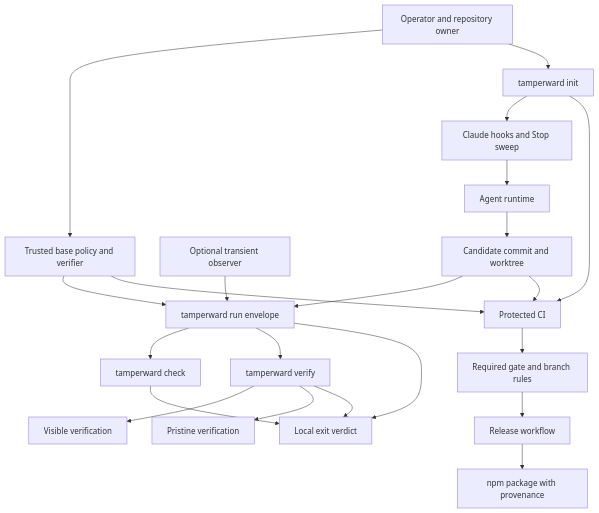
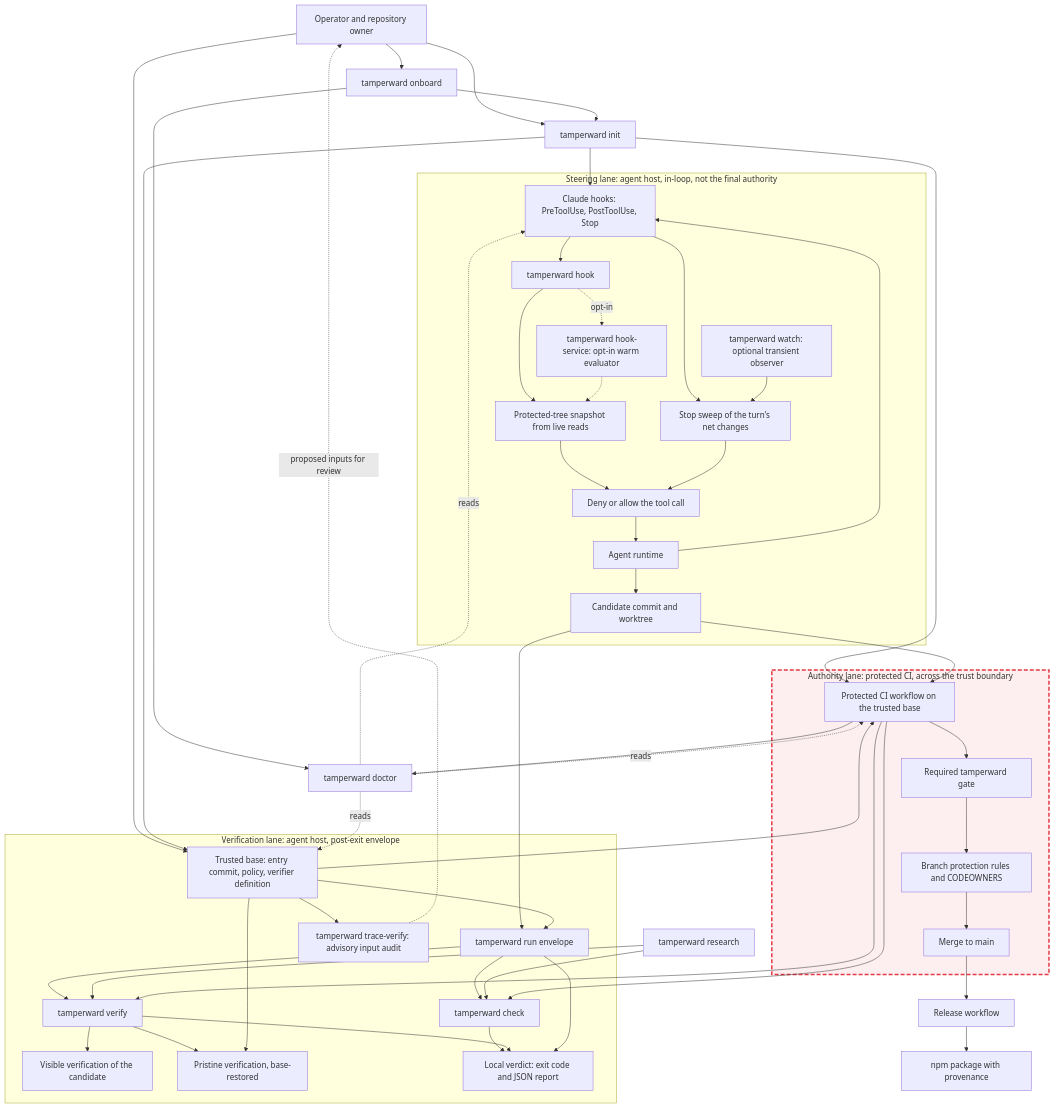
Before and after one commit to hexrift/tamperward: the diagram in docs/architecture.md, drawn with Mermaid. The commit also changed other lines of this file and 2 other files, not shown here.

Commit message:
Add a Reference sidebar group, link the cast inventory script by its GitHub URL, and redraw the architecture diagram as three lanes with the trust boundary (#451)

````diff
--- a/docs/architecture.md
+++ b/docs/architecture.md
@@ -11,42 +18,93 @@
 ```mermaid
 graph TD
     operator["Operator and repository owner"]
-    policy["Trusted base policy and verifier"]
+    onboard["tamperward onboard"]
     init["tamperward init"]
-    hooks["Claude hooks and Stop sweep"]
-    observer["Optional transient observer"]
-    agent["Agent runtime"]
-    tree["Candidate commit and worktree"]
-    run["tamperward run envelope"]
-    check["tamperward check"]
-    verify["tamperward verify"]
-    visible["Visible verification"]
-    pristine["Pristine verification"]
-    local["Local exit verdict"]
-    ci["Protected CI"]
-    gate["Required gate and branch rules"]
+    doctor["tamperward doctor"]
+    research["tamperward research"]
+
+    subgraph steering["Steering lane: agent host, in-loop, not the final authority"]
+        agent["Agent runtime"]
+        hooks["Claude hooks: PreToolUse, PostToolUse, Stop"]
+        hook["tamperward hook"]
+        service["tamperward hook-service: opt-in warm evaluator"]
+        snapshot["Protected-tree snapshot from live reads"]
+        steer["Deny or allow the tool call"]
+        stop["Stop sweep of the turn's net changes"]
+        observer["tamperward watch: optional transient observer"]
+        tree["Candidate commit and worktree"]
+    end
+
+    subgraph verification["Verification lane: agent host, post-exit envelope"]
+        policy["Trusted base: entry commit, policy, verifier definition"]
+        run["tamperward run envelope"]
+        check["tamperward check"]
+        verify["tamperward verify"]
+        visible["Visible verification of the candidate"]
+        pristine["Pristine verification, base-restored"]
+        trace["tamperward trace-verify: advisory input audit"]
+        local["Local verdict: exit code and JSON report"]
+    end
+
+    subgraph authority["Authority lane: protected CI, across the trust boundary"]
+        ci["Protected CI workflow on the trusted base"]
+        gate["Required tamperward gate"]
+        rules["Branch protection rules and CODEOWNERS"]
+        merge["Merge to main"]
+    end
+
     release["Release workflow"]
     npm["npm package with provenance"]
 
+    operator --> onboard
+    operator --> init
     operator --> policy
-    operator --> init
+    onboard --> init
+    onboard --> doctor
     init --> hooks
+    init --> policy
     init --> ci
-    hooks --> agent
-    observer --> run
+    doctor -. reads .-> hooks
+    doctor -. reads .-> policy
+    doctor -. reads .-> ci
+
+    agent --> hooks
+    hooks --> hook
+    hook --> snapshot
+    hook -. opt-in .-> service
+    service -.-> snapshot
+    snapshot --> steer
+    steer --> agent
+    hooks --> stop
+    observer --> stop
+    stop --> steer
     agent --> tree
+
+    tree --> run
     policy --> run
-    tree --> run
     run --> check
     run --> verify
     verify --> visible
     verify --> pristine
+    policy --> pristine
     check --> local
     verify --> local
     run --> local
+    policy --> trace
+    trace -. proposed inputs for review .-> operator
+    research --> check
+    research --> verify
+
     tree --> ci
     policy --> ci
+    ci --> doctor
+    ci --> check
+    ci --> verify
     ci --> gate
-    gate --> release
+    gate --> rules
+    rules --> merge
+    merge --> release
     release --> npm
+
+    style authority fill:#e6394614,stroke:#e63946,stroke-width:3px,stroke-dasharray:8 4
 ```
````
